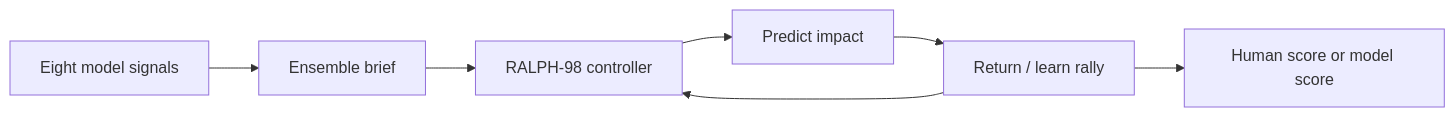
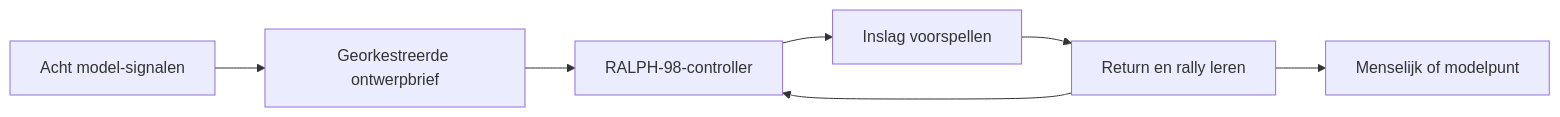
Before and after one commit to Maca2024/3d-pong-model-arena: the diagram in README.md, drawn with Mermaid. The commit also changed other lines of this file and 10 other files, not shown here.

````diff
--- a/README.md
+++ b/README.md
@@ -78,9 +89,9 @@
 ```mermaid
 flowchart LR
-  A[Eight model signals] --> B[Ensemble brief]
-  B --> C[RALPH-98 controller]
-  C --> D[Predict impact]
-  D --> E[Return / learn rally]
+  A[Acht model-signalen] --> B[Georkestreerde ontwerpbrief]
+  B --> C[RALPH-98-controller]
+  C --> D[Inslag voorspellen]
+  D --> E[Return en rally leren]
   E --> C
-  E --> F[Human score or model score]
+  E --> F[Menselijk of modelpunt]
 ```
````
